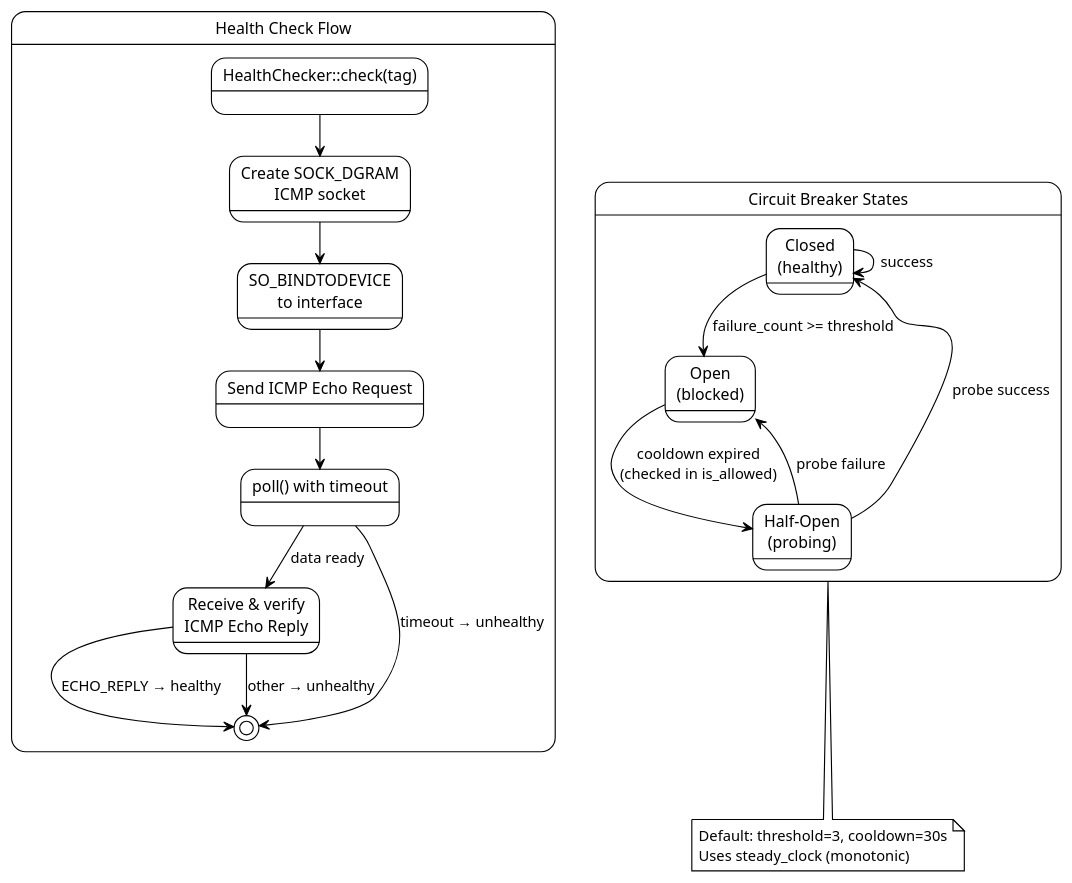
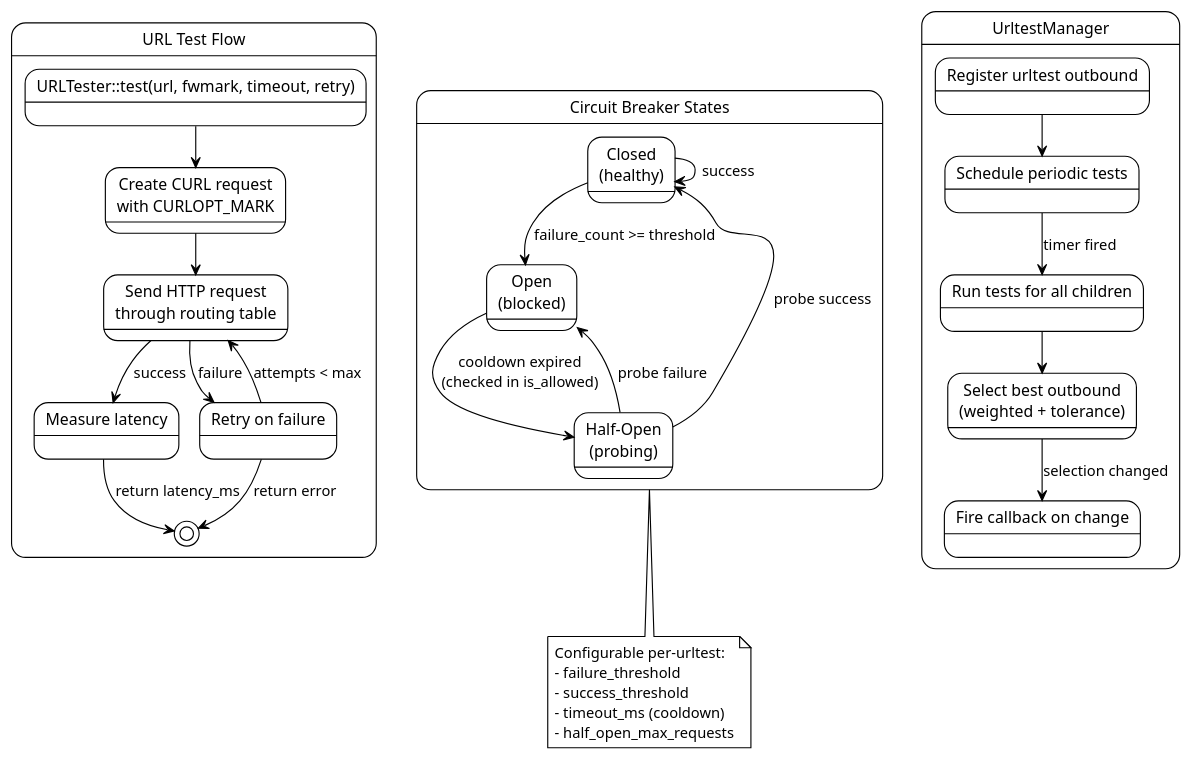
The tenth of 16 diagrams in STATE.md (maksimkurb/keen-pbr), drawn with PlantUML before and after one commit. The commit also changed other lines of this file and 5 other files, not shown here.

````diff
--- a/STATE.md
+++ b/STATE.md
@@ -898,42 +1059,55 @@
 ```plantuml
 @startuml health
 !theme plain
 skinparam backgroundColor white
 
-state "Health Check Flow" as flow {
-  state "HealthChecker::check(tag)" as check
-  state "Create SOCK_DGRAM\nICMP socket" as socket
-  state "SO_BINDTODEVICE\nto interface" as bind
-  state "Send ICMP Echo Request" as send
-  state "poll() with timeout" as poll
-  state "Receive & verify\nICMP Echo Reply" as recv
+state "URL Test Flow" as flow {
+  state "URLTester::test(url, fwmark, timeout, retry)" as check
+  state "Create CURL request\nwith CURLOPT_MARK" as curl
+  state "Send HTTP request\nthrough routing table" as send
+  state "Measure latency" as measure
+  state "Retry on failure" as retry
 
-  check --> socket
-  socket --> bind
-  bind --> send
-  send --> poll
-  poll --> recv : data ready
-  poll --> [*] : timeout → unhealthy
-
-  recv --> [*] : ECHO_REPLY → healthy
-  recv --> [*] : other → unhealthy
+  check --> curl
+  curl --> send
+  send --> measure : success
+  send --> retry : failure
+  retry --> send : attempts < max
+  measure --> [*] : return latency_ms
+  retry --> [*] : return error
 }
 
 state "Circuit Breaker States" as cb {
   state "Closed\n(healthy)" as closed
   state "Open\n(blocked)" as open
   state "Half-Open\n(probing)" as halfopen
 
   closed --> open : failure_count >= threshold
   open --> halfopen : cooldown expired\n(checked in is_allowed)
   halfopen --> closed : probe success
   halfopen --> open : probe failure
   closed --> closed : success
 }
 
+state "UrltestManager" as um {
+  state "Register urltest outbound" as register
+  state "Schedule periodic tests" as schedule
+  state "Run tests for all children" as runtests
+  state "Select best outbound\n(weighted + tolerance)" as select
+  state "Fire callback on change" as callback
+
+  register --> schedule
+  schedule --> runtests : timer fired
+  runtests --> select
+  select --> callback : selection changed
+}
+
 note bottom of cb
-  Default: threshold=3, cooldown=30s
-  Uses steady_clock (monotonic)
+  Configurable per-urltest:
+  - failure_threshold
+  - success_threshold
+  - timeout_ms (cooldown)
+  - half_open_max_requests
 end note
 @enduml
 ```
````
